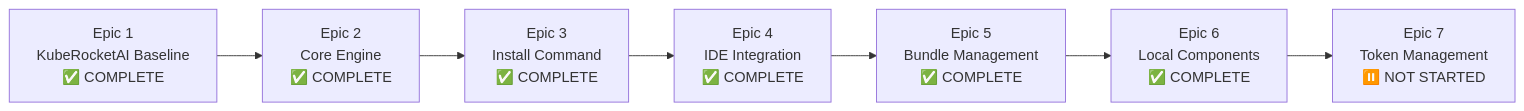
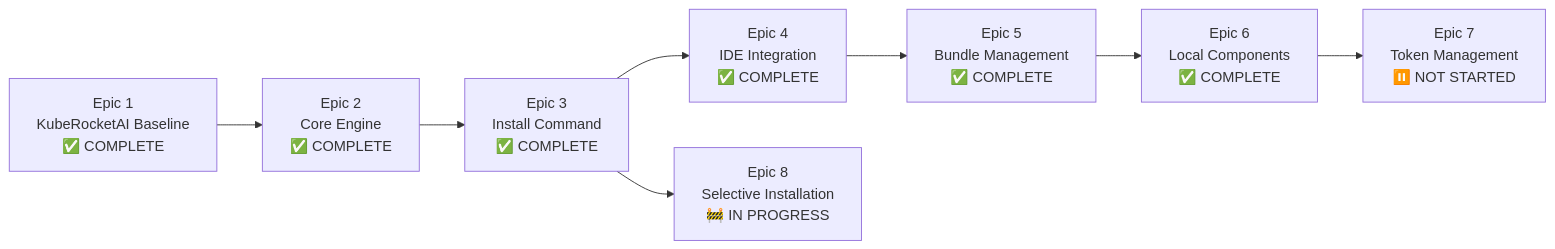
One commit to KubeRocketCI/kuberocketai changed the diagram in docs/epics/README.md. Above: the diagram before and after it, drawn with Mermaid. The commit also changed other lines of this file and 4 other files, not shown here.

First line of the commit message:
feat: Create EPIC 8 for selective installation

````diff
--- a/docs/epics/README.md
+++ b/docs/epics/README.md
@@ -30,9 +35,10 @@
 ```mermaid
 graph LR
     E1[Epic 1<br/>KubeRocketAI Baseline<br/>✅ COMPLETE] --> E2[Epic 2<br/>Core Engine<br/>✅ COMPLETE]
     E2 --> E3[Epic 3<br/>Install Command<br/>✅ COMPLETE]
     E3 --> E4[Epic 4<br/>IDE Integration<br/>✅ COMPLETE]
     E4 --> E5[Epic 5<br/>Bundle Management<br/>✅ COMPLETE]
     E5 --> E6[Epic 6<br/>Local Components<br/>✅ COMPLETE]
     E6 --> E7[Epic 7<br/>Token Management<br/>⏸️ NOT STARTED]
+    E3 --> E8[Epic 8<br/>Selective Installation<br/>🚧 IN PROGRESS]
 ```
````
